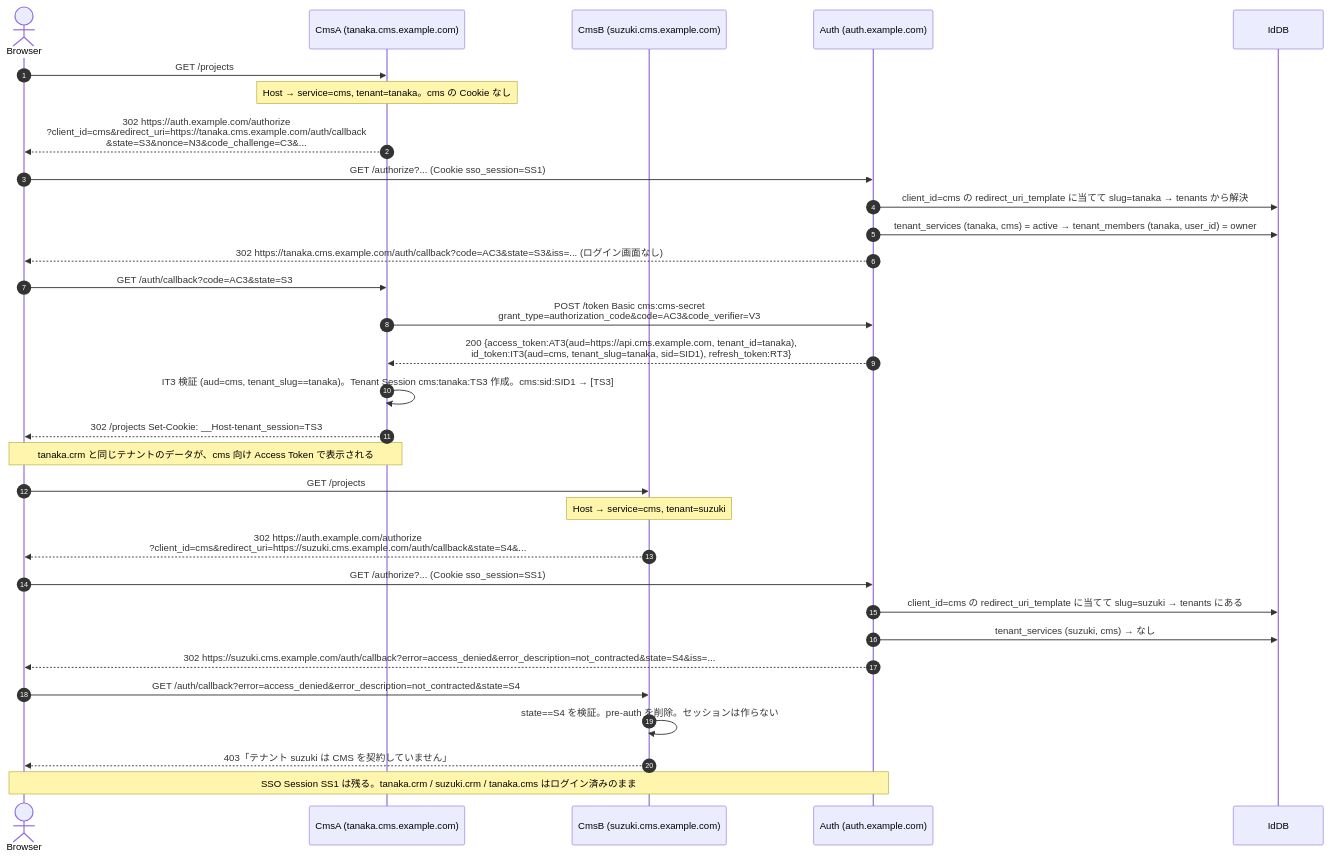
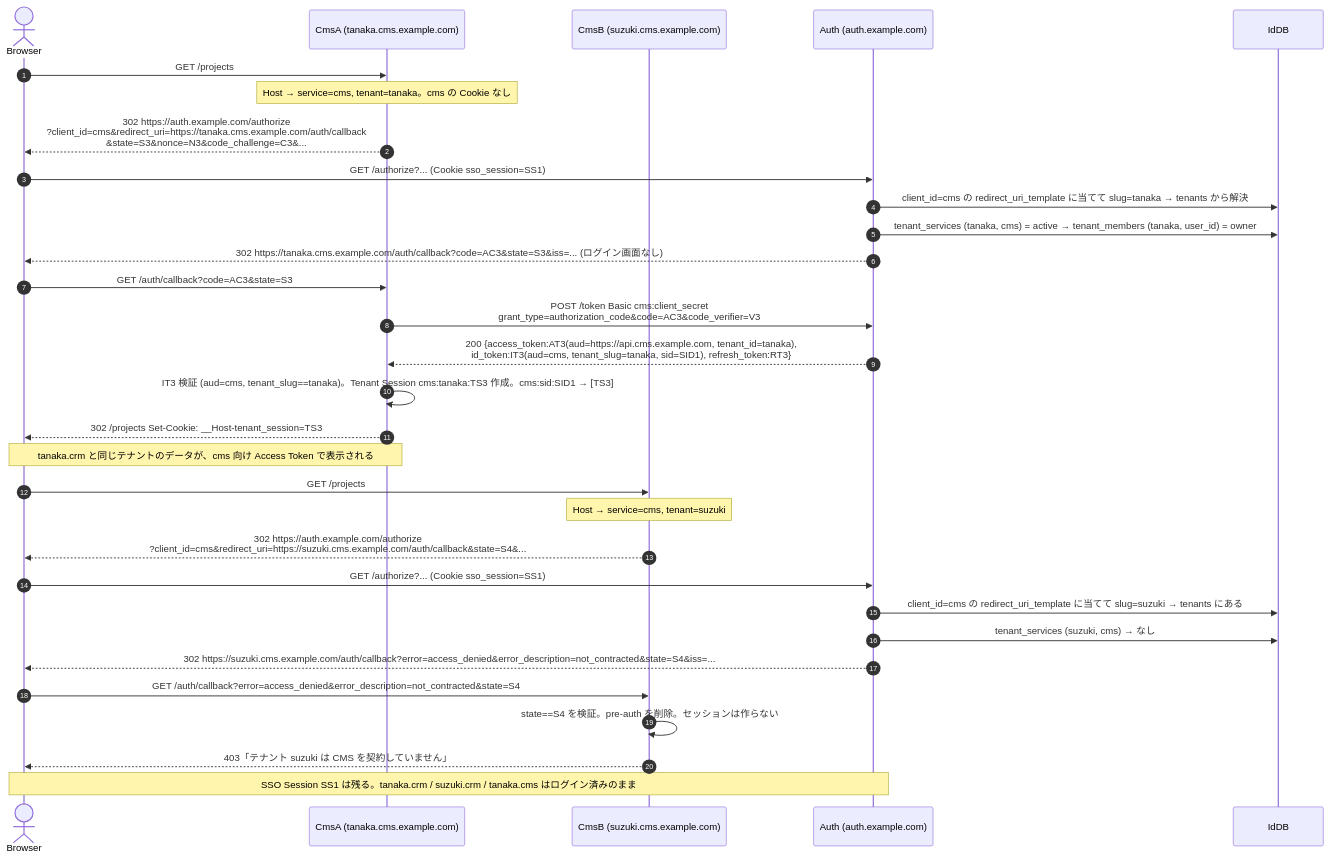
The fourth of 10 diagrams in docs/integration-guide.md (daisuke-tanabe/multi-domain-sandbox), drawn with Mermaid before and after one commit. The commit also changed other lines of this file and 51 other files, not shown here.

````diff
--- a/docs/integration-guide.md
+++ b/docs/integration-guide.md
@@ -608,35 +616,35 @@
 ```mermaid
 sequenceDiagram
     autonumber
     actor Browser
     participant CmsA as CmsA (tanaka.cms.example.com)
     participant CmsB as CmsB (suzuki.cms.example.com)
     participant Auth as Auth (auth.example.com)
     participant IdDB
 
     Browser->>CmsA: GET /projects
     Note over CmsA: Host → service=cms, tenant=tanaka。cms の Cookie なし
     CmsA-->>Browser: 302 https://auth.example.com/authorize<br/>?client_id=cms&redirect_uri=https://tanaka.cms.example.com/auth/callback<br/>&state=S3&nonce=N3&code_challenge=C3&...
     Browser->>Auth: GET /authorize?... (Cookie sso_session=SS1)
     Auth->>IdDB: client_id=cms の redirect_uri_template に当てて slug=tanaka → tenants から解決
     Auth->>IdDB: tenant_services (tanaka, cms) = active → tenant_members (tanaka, user_id) = owner
     Auth-->>Browser: 302 https://tanaka.cms.example.com/auth/callback?code=AC3&state=S3&iss=... (ログイン画面なし)
     Browser->>CmsA: GET /auth/callback?code=AC3&state=S3
-    CmsA->>Auth: POST /token  Basic cms:cms-secret<br/>grant_type=authorization_code&code=AC3&code_verifier=V3
+    CmsA->>Auth: POST /token  Basic cms:client_secret<br/>grant_type=authorization_code&code=AC3&code_verifier=V3
     Auth-->>CmsA: 200 {access_token:AT3(aud=https://api.cms.example.com, tenant_id=tanaka),<br/>id_token:IT3(aud=cms, tenant_slug=tanaka, sid=SID1), refresh_token:RT3}
     CmsA->>CmsA: IT3 検証 (aud=cms, tenant_slug==tanaka)。Tenant Session cms:tanaka:TS3 作成。cms:sid:SID1 → [TS3]
     CmsA-->>Browser: 302 /projects  Set-Cookie: __Host-tenant_session=TS3
     Note over Browser,CmsA: tanaka.crm と同じテナントのデータが、cms 向け Access Token で表示される
 
     Browser->>CmsB: GET /projects
     Note over CmsB: Host → service=cms, tenant=suzuki
     CmsB-->>Browser: 302 https://auth.example.com/authorize<br/>?client_id=cms&redirect_uri=https://suzuki.cms.example.com/auth/callback&state=S4&...
     Browser->>Auth: GET /authorize?... (Cookie sso_session=SS1)
     Auth->>IdDB: client_id=cms の redirect_uri_template に当てて slug=suzuki → tenants にある
     Auth->>IdDB: tenant_services (suzuki, cms) → なし
     Auth-->>Browser: 302 https://suzuki.cms.example.com/auth/callback?error=access_denied&error_description=not_contracted&state=S4&iss=...
     Browser->>CmsB: GET /auth/callback?error=access_denied&error_description=not_contracted&state=S4
     CmsB->>CmsB: state==S4 を検証。pre-auth を削除。セッションは作らない
     CmsB-->>Browser: 403「テナント suzuki は CMS を契約していません」
     Note over Browser,Auth: SSO Session SS1 は残る。tanaka.crm / suzuki.crm / tanaka.cms はログイン済みのまま
 ```
````
